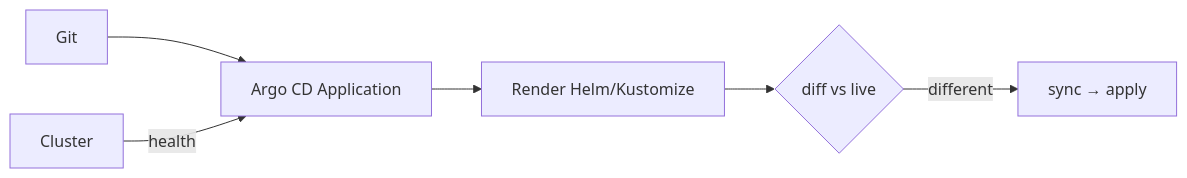
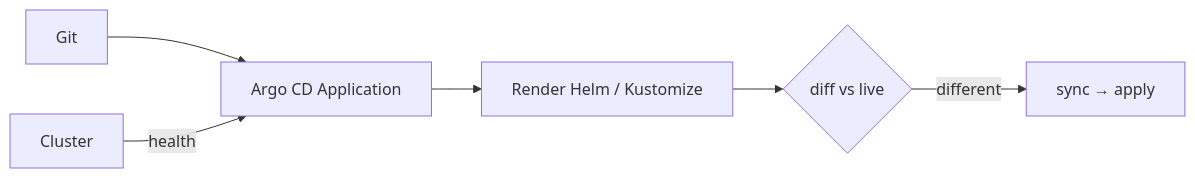
Before and after one commit to darshan-raul/apollo11-docs: the diagram in docs/learn/delivery/gitops-and-ownership.md, drawn with Mermaid. The commit also changed other lines of this file and 55 other files, not shown here.

````diff
--- a/docs/learn/delivery/gitops-and-ownership.md
+++ b/docs/learn/delivery/gitops-and-ownership.md
@@ -17,8 +20,8 @@
 ```mermaid
 flowchart LR
   Git[Git] --> Argo[Argo CD Application]
-  Argo --> R[Render Helm/Kustomize]
+  Argo --> R[Render Helm / Kustomize]
   R --> Diff{diff vs live}
   Diff -->|different| Sync[sync → apply]
   Cluster -->|health| Argo
 ```
````
